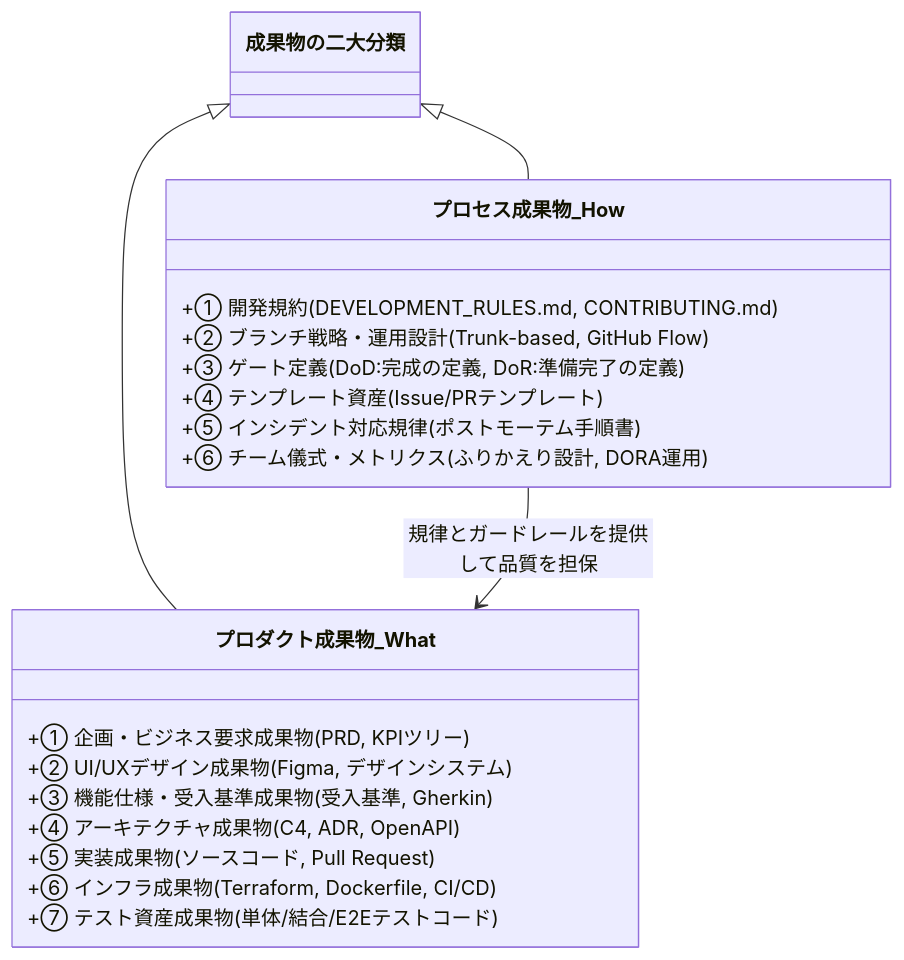
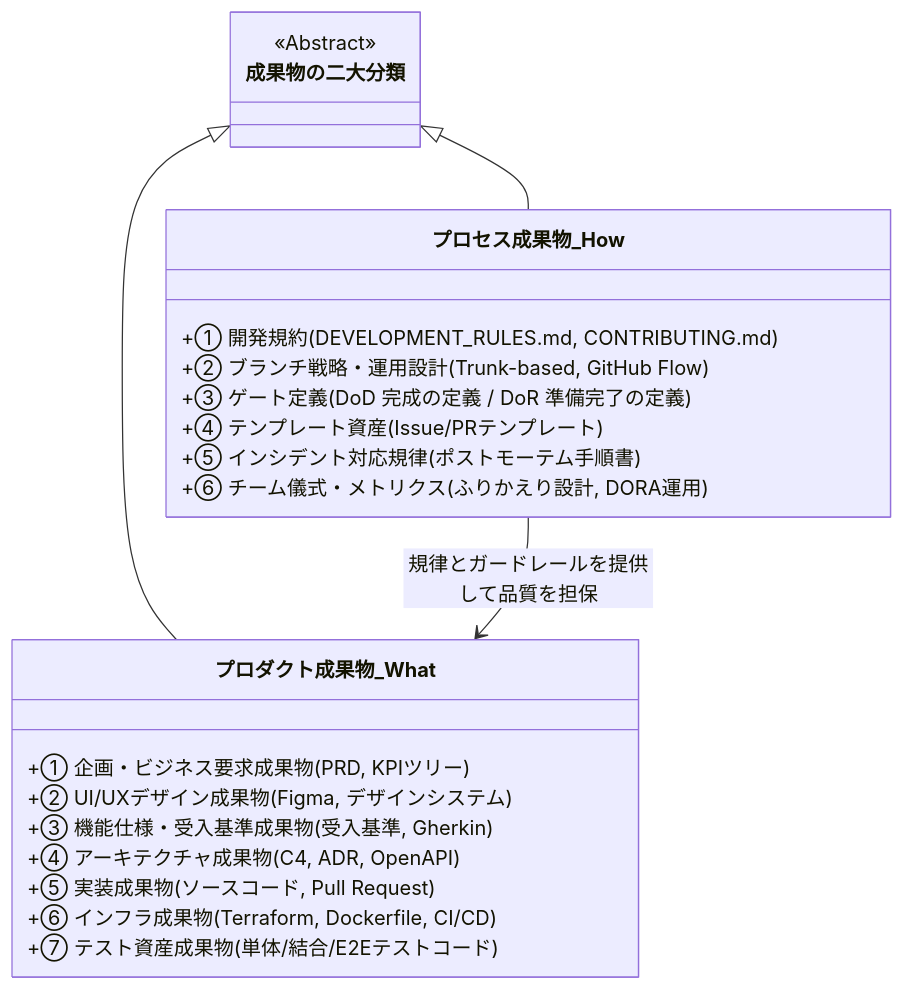
One commit to AnaharaYasuo/product-quality-management-book changed the third of 4 diagrams in manuscript/02_chapter2.md. Above: the diagram before and after it, drawn with Mermaid. The commit also changed other lines of this file and 27 other files, not shown here.

Commit message:
feat(quality-gate): Mermaid実ブラウザ描画検証・埋め込みコードAST検査・用語契約Linterの導入と全章誤り修正 (#129)

````diff
--- a/manuscript/02_chapter2.md
+++ b/manuscript/02_chapter2.md
@@ -92,28 +92,29 @@
 ```mermaid
 classDiagram
     class 成果物の二大分類 {
+        <<Abstract>>
     }
 
     class プロダクト成果物_What {
         +① 企画・ビジネス要求成果物 (PRD, KPIツリー)
         +② UI/UXデザイン成果物 (Figma, デザインシステム)
         +③ 機能仕様・受入基準成果物 (受入基準, Gherkin)
         +④ アーキテクチャ成果物 (C4, ADR, OpenAPI)
         +⑤ 実装成果物 (ソースコード, Pull Request)
         +⑥ インフラ成果物 (Terraform, Dockerfile, CI/CD)
         +⑦ テスト資産成果物 (単体/結合/E2Eテストコード)
     }
 
     class プロセス成果物_How {
         +① 開発規約 (DEVELOPMENT_RULES.md, CONTRIBUTING.md)
         +② ブランチ戦略・運用設計 (Trunk-based, GitHub Flow)
-        +③ ゲート定義 (DoD:完成の定義, DoR:準備完了の定義)
+        +③ ゲート定義 (DoD 完成の定義 / DoR 準備完了の定義)
         +④ テンプレート資産 (Issue/PRテンプレート)
         +⑤ インシデント対応規律 (ポストモーテム手順書)
         +⑥ チーム儀式・メトリクス (ふりかえり設計, DORA運用)
     }
 
     成果物の二大分類 <|-- プロダクト成果物_What
     成果物の二大分類 <|-- プロセス成果物_How
     プロセス成果物_How --> プロダクト成果物_What : 規律とガードレールを提供して品質を担保
 ```
````
